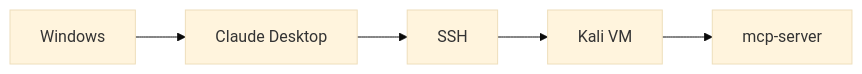
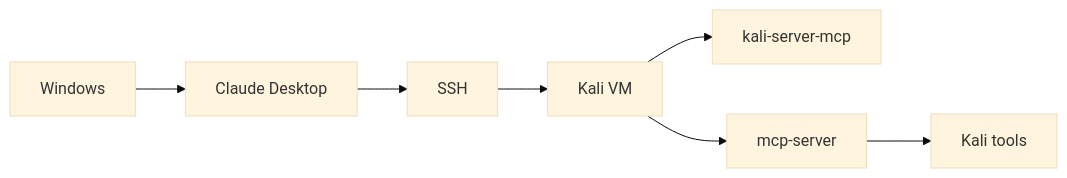
One commit to wortos/my-meager-attempt-at-a-windows-to-kali-mcp-server changed the diagram in docs/INSTALL.md. Above: the diagram before and after it, drawn with Mermaid (base theme). The commit also changed other lines of this file, not shown here.

````diff
--- a/docs/INSTALL.md
+++ b/docs/INSTALL.md
@@ -12,7 +18,9 @@
 ```mermaid
 graph LR
     A[Windows] --> B[Claude Desktop]
     B --> C[SSH]
     C --> D[Kali VM]
-    D --> E[mcp-server]
+    D --> E[kali-server-mcp]
+    D --> F[mcp-server]
+    F --> G[Kali tools]
 ```
````
